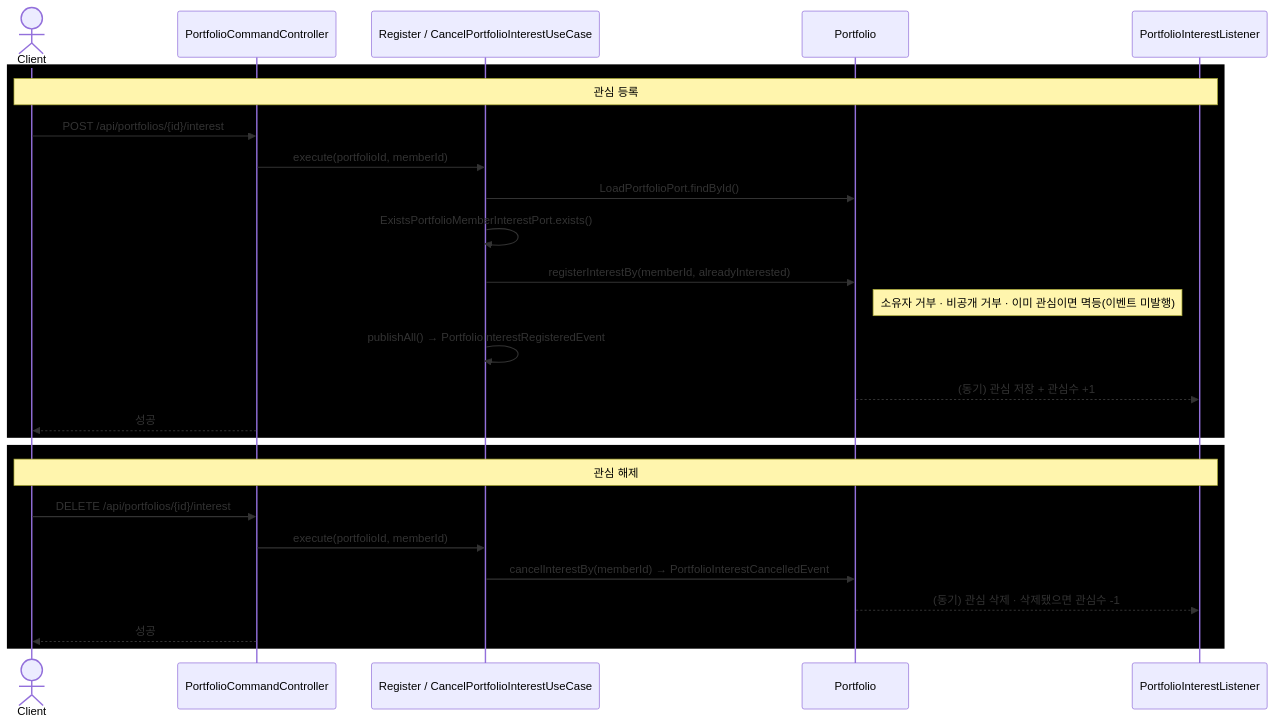
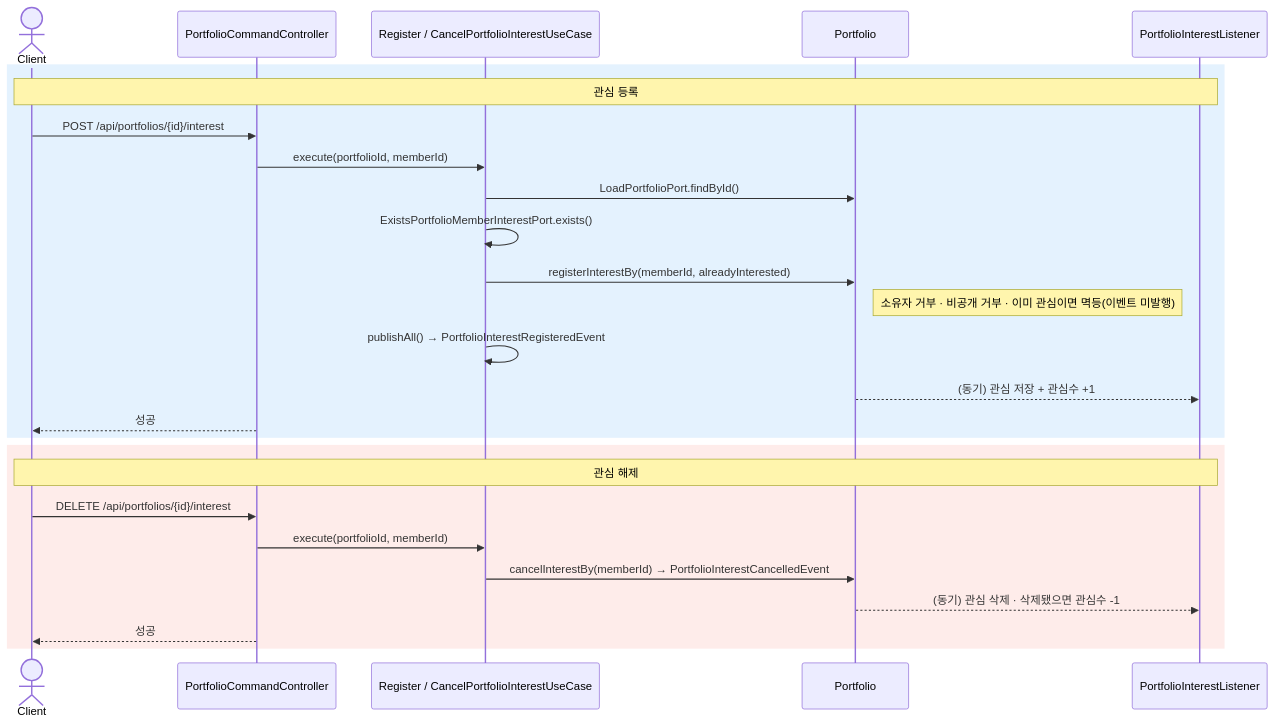
The second of 3 diagrams in docs/diagram/portfolio/view-and-interest-flow.md (hirecore/hirecore-member-server), drawn with Mermaid before and after one commit. The commit also changed 1 other file, not shown here.

Commit message:
docs: 시퀀스 강조 배경을 테마 안전 반투명(rgba)으로 변경해 가독성 확보

````diff
--- a/docs/diagram/portfolio/view-and-interest-flow.md
+++ b/docs/diagram/portfolio/view-and-interest-flow.md
@@ -49,30 +49,30 @@
 ```mermaid
 sequenceDiagram
     actor Client
     participant Ctrl as PortfolioCommandController
     participant UC as Register / CancelPortfolioInterestUseCase
     participant PF as Portfolio
     participant L as PortfolioInterestListener
 
-    rect rgb(0, 0, 0)
+    rect rgba(33, 150, 243, 0.12)
     Note over Client,L: 관심 등록
     Client->>Ctrl: POST /api/portfolios/{id}/interest
     Ctrl->>UC: execute(portfolioId, memberId)
     UC->>PF: LoadPortfolioPort.findById()
     UC->>UC: ExistsPortfolioMemberInterestPort.exists()
     UC->>PF: registerInterestBy(memberId, alreadyInterested)
     Note right of PF: 소유자 거부 · 비공개 거부 · 이미 관심이면 멱등(이벤트 미발행)
     UC->>UC: publishAll() → PortfolioInterestRegisteredEvent
     PF-->>L: (동기) 관심 저장 + 관심수 +1
     Ctrl-->>Client: 성공
     end
 
-    rect rgb(0, 0, 0)
+    rect rgba(244, 67, 54, 0.10)
     Note over Client,L: 관심 해제
     Client->>Ctrl: DELETE /api/portfolios/{id}/interest
     Ctrl->>UC: execute(portfolioId, memberId)
     UC->>PF: cancelInterestBy(memberId) → PortfolioInterestCancelledEvent
     PF-->>L: (동기) 관심 삭제 · 삭제됐으면 관심수 -1
     Ctrl-->>Client: 성공
     end
 ```
````
